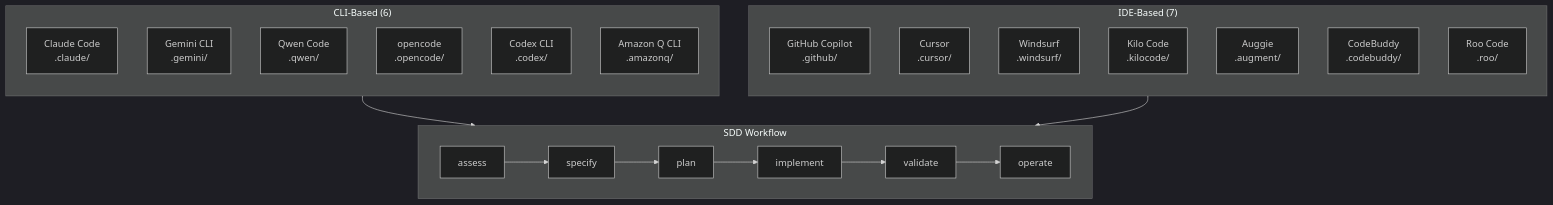
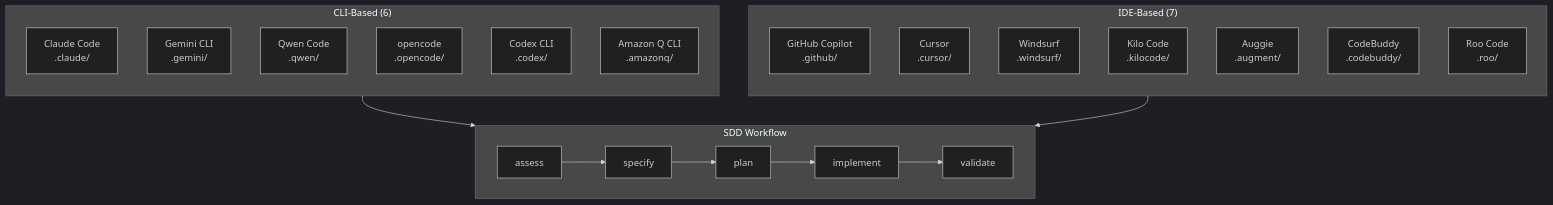
The fourth of 5 diagrams in user-docs/reference/agent-architecture-diagrams.md (jpoley/flowspec), drawn with Mermaid (dark theme) before and after one commit. The commit also changed other lines of this file and 18 other files, not shown here.

First line of the commit message:
docs: remove /flow:operate and Deployed state from all documentation

````diff
--- a/user-docs/reference/agent-architecture-diagrams.md
+++ b/user-docs/reference/agent-architecture-diagrams.md
@@ -381,31 +374,31 @@
 ```mermaid
 flowchart TB
     subgraph CLI["CLI-Based (6)"]
         direction TB
         CL[Claude Code<br/>.claude/]
         GE[Gemini CLI<br/>.gemini/]
         QW[Qwen Code<br/>.qwen/]
         OC[opencode<br/>.opencode/]
         CX[Codex CLI<br/>.codex/]
         AQ[Amazon Q CLI<br/>.amazonq/]
     end
 
     subgraph IDE["IDE-Based (7)"]
         direction TB
         CP[GitHub Copilot<br/>.github/]
         CU[Cursor<br/>.cursor/]
         WS[Windsurf<br/>.windsurf/]
         KC[Kilo Code<br/>.kilocode/]
         AU[Auggie<br/>.augment/]
         CB[CodeBuddy<br/>.codebuddy/]
         RO[Roo Code<br/>.roo/]
     end
 
     subgraph WORKFLOW["SDD Workflow"]
         direction LR
-        W1[assess] --> W2[specify] --> W3[plan] --> W4[implement] --> W5[validate] --> W6[operate]
+        W1[assess] --> W2[specify] --> W3[plan] --> W4[implement] --> W5[validate]
     end
 
     CLI --> WORKFLOW
     IDE --> WORKFLOW
 ```
````
